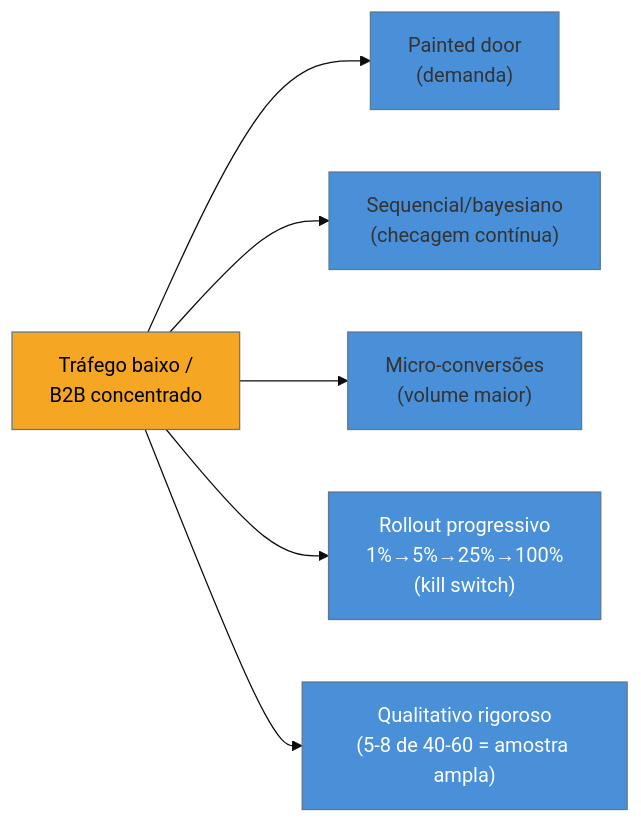
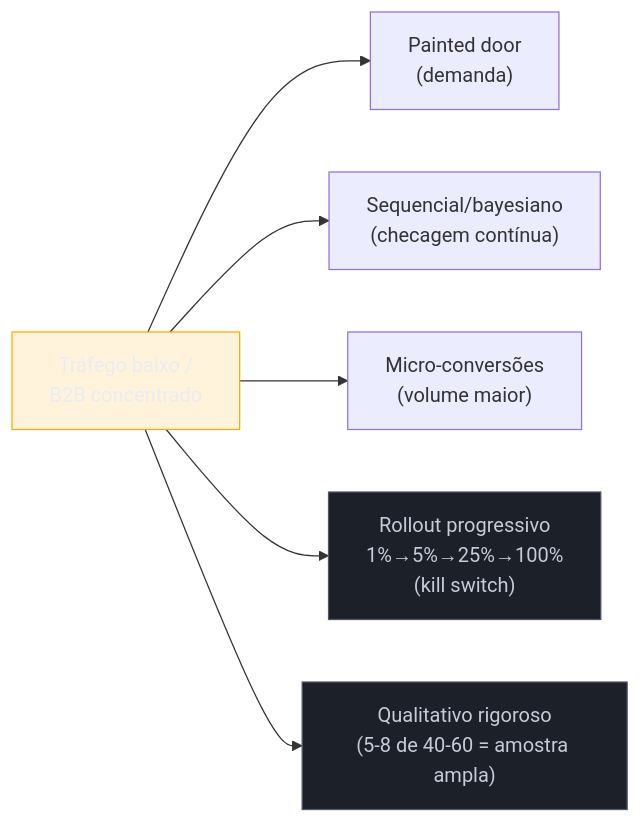
The second of 2 diagrams in 03-Dominios/Engenharia/UX/Medir, Validar e Sustentar/42 - Quando A-B não se aplica.md (josenaldo/codex-technomanticus), drawn with Mermaid before and after one commit. The commit also changed other lines of this file and 1181 other files, not shown here.

First line of the commit message:
fix(diagramas): paleta do sistema no lugar de cor cravada no markdown

````diff
--- a/03-Dominios/Engenharia/UX/Medir, Validar e Sustentar/42 - Quando A-B não se aplica.md
+++ b/03-Dominios/Engenharia/UX/Medir, Validar e Sustentar/42 - Quando A-B não se aplica.md
@@ -77,12 +78,13 @@
 ```mermaid
-%%{init: {"theme": "base", "themeVariables": {"primaryColor": "#4A90D9"}}}%%
 graph LR
+    classDef destaque fill:#FFAA0024,stroke:#FFAA00,color:#E9ECF2
+    classDef neutro fill:#1B2029,stroke:#4E5666,color:#C6CCD8
     T["Tráfego baixo /<br/>B2B concentrado"] --> P["Painted door<br/>(demanda)"]
     T --> S["Sequencial/bayesiano<br/>(checagem contínua)"]
     T --> M["Micro-conversões<br/>(volume maior)"]
     T --> F["Rollout progressivo<br/>1%→5%→25%→100%<br/>(kill switch)"]
     T --> Q["Qualitativo rigoroso<br/>(5-8 de 40-60 = amostra ampla)"]
-    style T fill:#F5A623,color:#000
-    style F fill:#4A90D9,color:#fff
-    style Q fill:#4A90D9,color:#fff
+    class T destaque
+    class F neutro
+    class Q neutro
 ```
````
